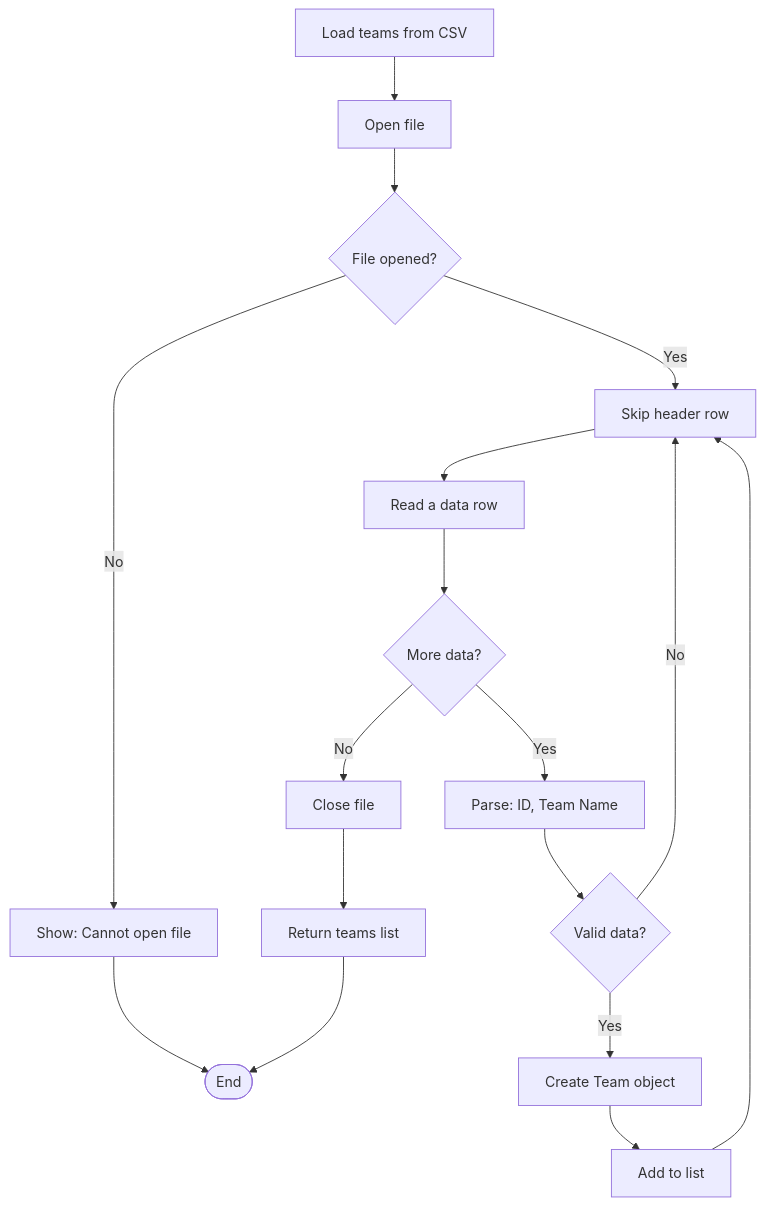
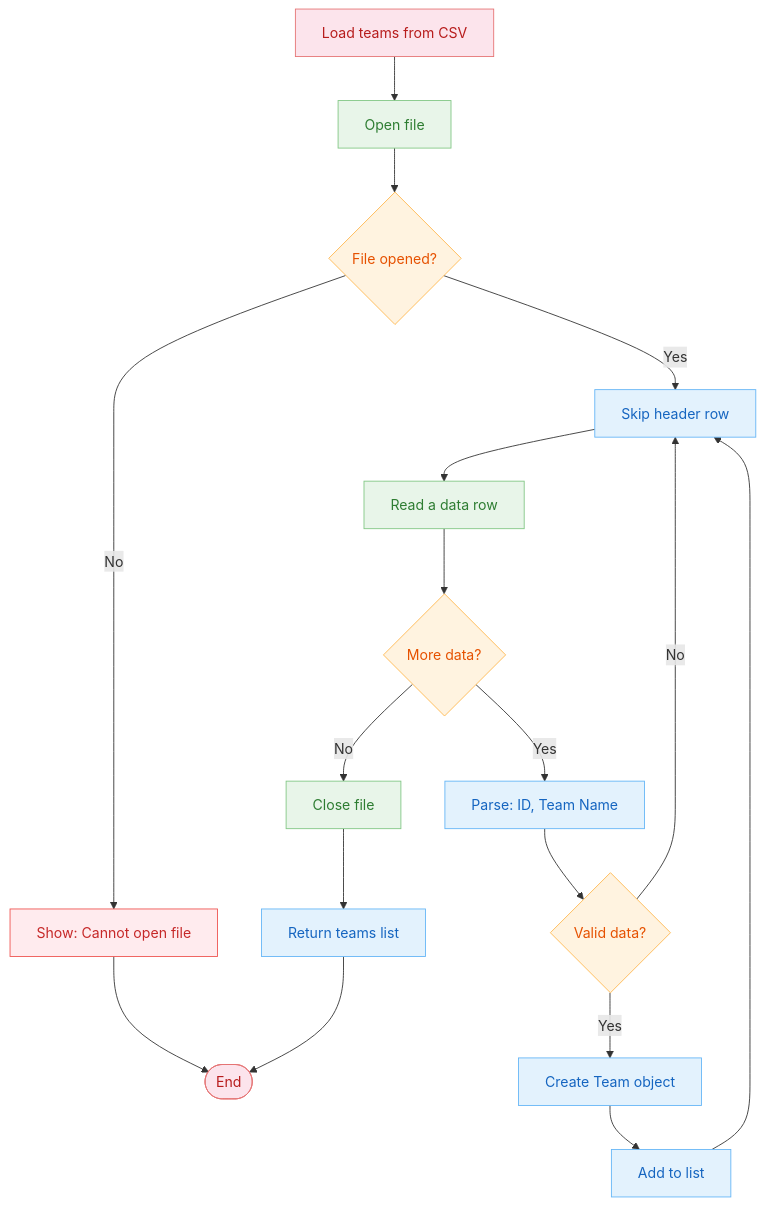
Before and after one commit to khanhthanhdev/CompSys: diagram 15 of 18 in README.md, drawn with Mermaid. The commit also changed other lines of this file and 8 other files, not shown here.

````diff
--- a/README.md
+++ b/README.md
@@ -428,24 +502,30 @@
 ```mermaid
 flowchart TD
-    Start[Load teams from CSV] --> OpenFile[Open file]
-    OpenFile --> CheckOpen{File opened?}
+    classDef startEnd fill:#fce4ec,stroke:#e57373,color:#b71c1c
+    classDef process fill:#e3f2fd,stroke:#64b5f6,color:#1565c0
+    classDef decision fill:#fff3e0,stroke:#ffb74d,color:#e65100
+    classDef io fill:#e8f5e9,stroke:#81c784,color:#2e7d32
+    classDef warn fill:#ffebee,stroke:#ef5350,color:#c62828
+
+    Start[Load teams from CSV]:::startEnd --> OpenFile[Open file]:::io
+    OpenFile --> CheckOpen{File opened?}:::decision
     
-    CheckOpen -->|No| ShowErr[Show: Cannot open file]
-    ShowErr --> Done([End])
+    CheckOpen -->|No| ShowErr[Show: Cannot open file]:::warn
+    ShowErr --> Done([End]):::startEnd
     
-    CheckOpen -->|Yes| SkipHdr[Skip header row]
-    SkipHdr --> ReadRow[Read a data row]
-    ReadRow --> MoreData{More data?}
+    CheckOpen -->|Yes| SkipHdr[Skip header row]:::process
+    SkipHdr --> ReadRow[Read a data row]:::io
+    ReadRow --> MoreData{More data?}:::decision
     
-    MoreData -->|No| CloseFile[Close file]
-    CloseFile --> RetList[Return teams list]
+    MoreData -->|No| CloseFile[Close file]:::io
+    CloseFile --> RetList[Return teams list]:::process
     RetList --> Done
     
-    MoreData -->|Yes| Parse[Parse: ID, Team Name]
-    Parse --> Valid{Valid data?}
+    MoreData -->|Yes| Parse[Parse: ID, Team Name]:::process
+    Parse --> Valid{Valid data?}:::decision
     
     Valid -->|No| SkipHdr
-    Valid -->|Yes| Create[Create Team object]
-    Create --> Add[Add to list]
+    Valid -->|Yes| Create[Create Team object]:::process
+    Create --> Add[Add to list]:::process
     Add --> SkipHdr
 ```
````
